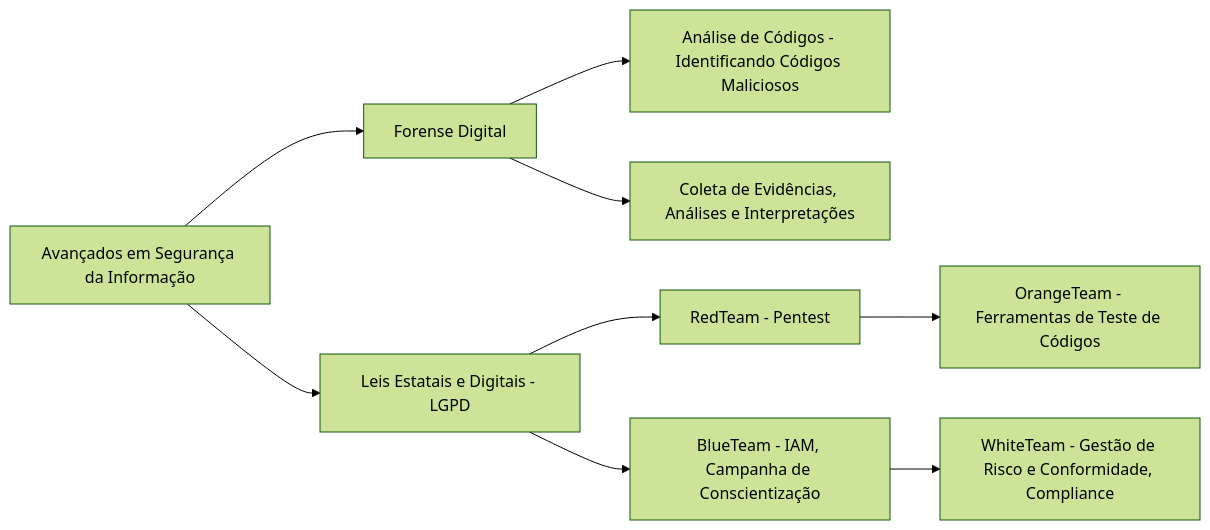
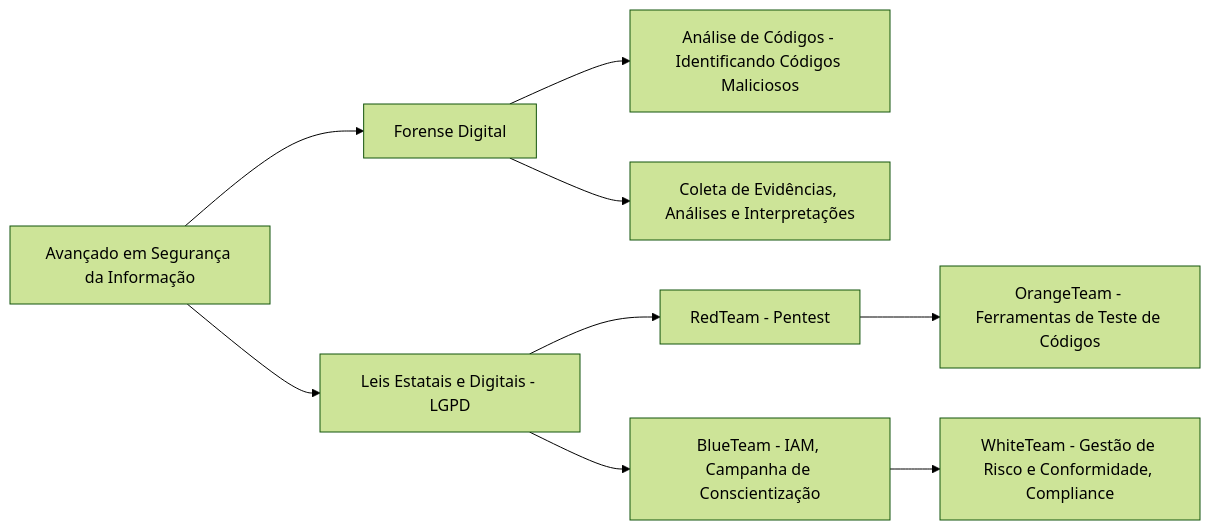
One commit to socialhiveconnect/Seg.Info changed the fourth of 4 diagrams in README.md. Above: the diagram before and after it, drawn with Mermaid (forest theme).

Commit message:
README.md

````diff
--- a/README.md
+++ b/README.md
@@ -174,13 +174,13 @@
 ```mermaid
   graph LR;
-    A[Avançados em Segurança da Informação] --> B[Forense Digital];
+    A[Avançado em Segurança da Informação] --> B[Forense Digital];
     A --> C[Leis Estatais e Digitais - LGPD];
     B --> D[Análise de Códigos - Identificando Códigos Maliciosos];
     B --> E[Coleta de Evidências, Análises e Interpretações];
     C --> F[RedTeam - Pentest];
     C --> G[BlueTeam - IAM, Campanha de Conscientização];
     F --> H[OrangeTeam - Ferramentas de Teste de Códigos];
     G --> I[WhiteTeam - Gestão de Risco e Conformidade, Compliance];
 
       click A "https://github.com/socialhiveconnect/Seg.Info/tree/main/avançado" "Veja o repositório Avançado"
 ```
````
